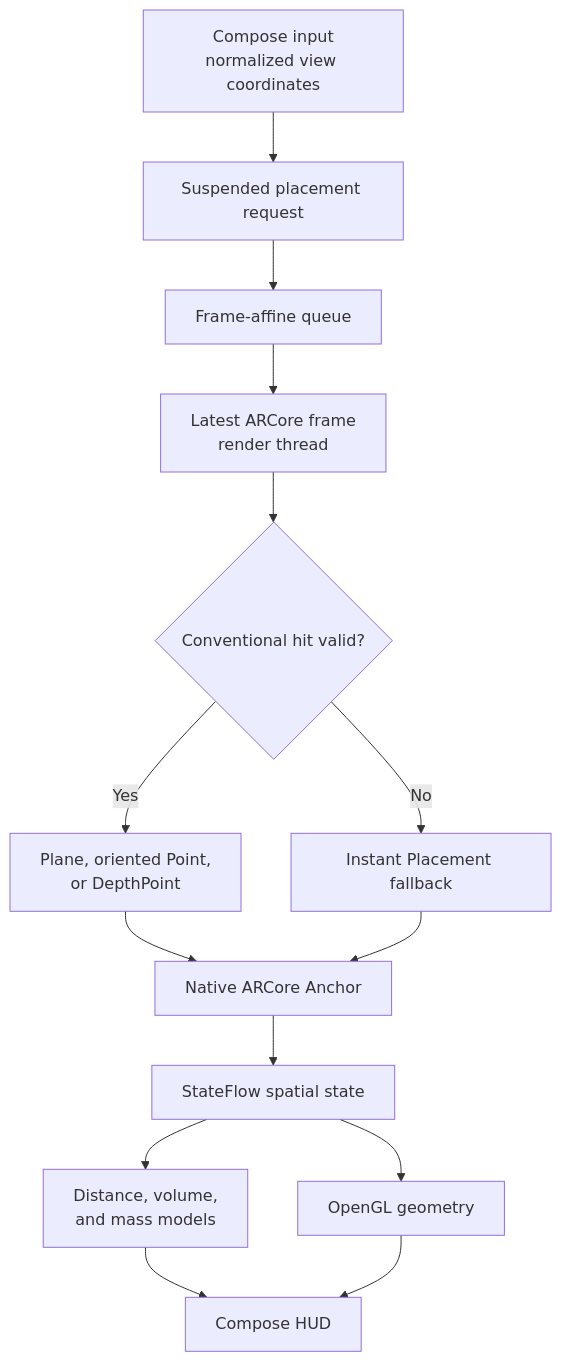
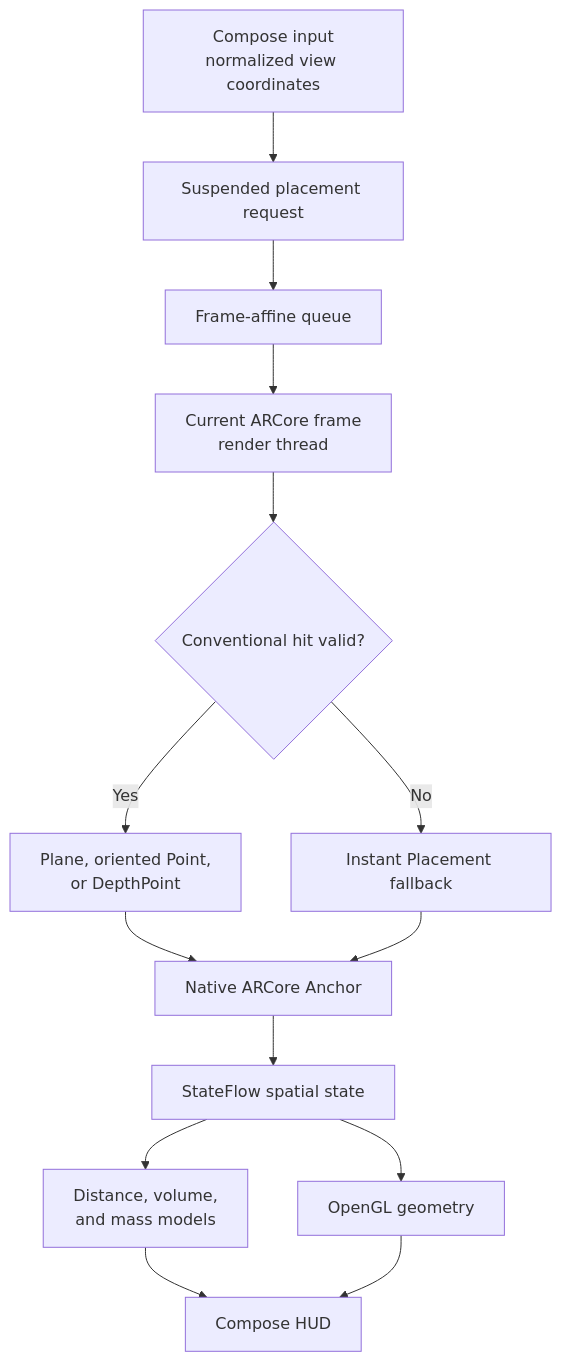
Before and after one commit to maurizioprizzi/aetheris: the diagram in README.md, drawn with Mermaid. The commit also changed other lines of this file, not shown here.

First line of the commit message:
docs: align project README with current implementation

````diff
--- a/README.md
+++ b/README.md
@@ -51,16 +52,16 @@
 ```mermaid
 flowchart TD
     A["Compose input<br/>normalized view coordinates"] --> B["Suspended placement request"]
     B --> C["Frame-affine queue"]
-    C --> D["Latest ARCore frame<br/>render thread"]
+    C --> D["Current ARCore frame<br/>render thread"]
     D --> E{"Conventional hit valid?"}
     E -- Yes --> F["Plane, oriented Point,<br/>or DepthPoint"]
     E -- No --> G["Instant Placement fallback"]
     F --> H["Native ARCore Anchor"]
     G --> H
     H --> I["StateFlow spatial state"]
     I --> J["Distance, volume,<br/>and mass models"]
     I --> K["OpenGL geometry"]
     J --> L["Compose HUD"]
     K --> L
 ```
````
